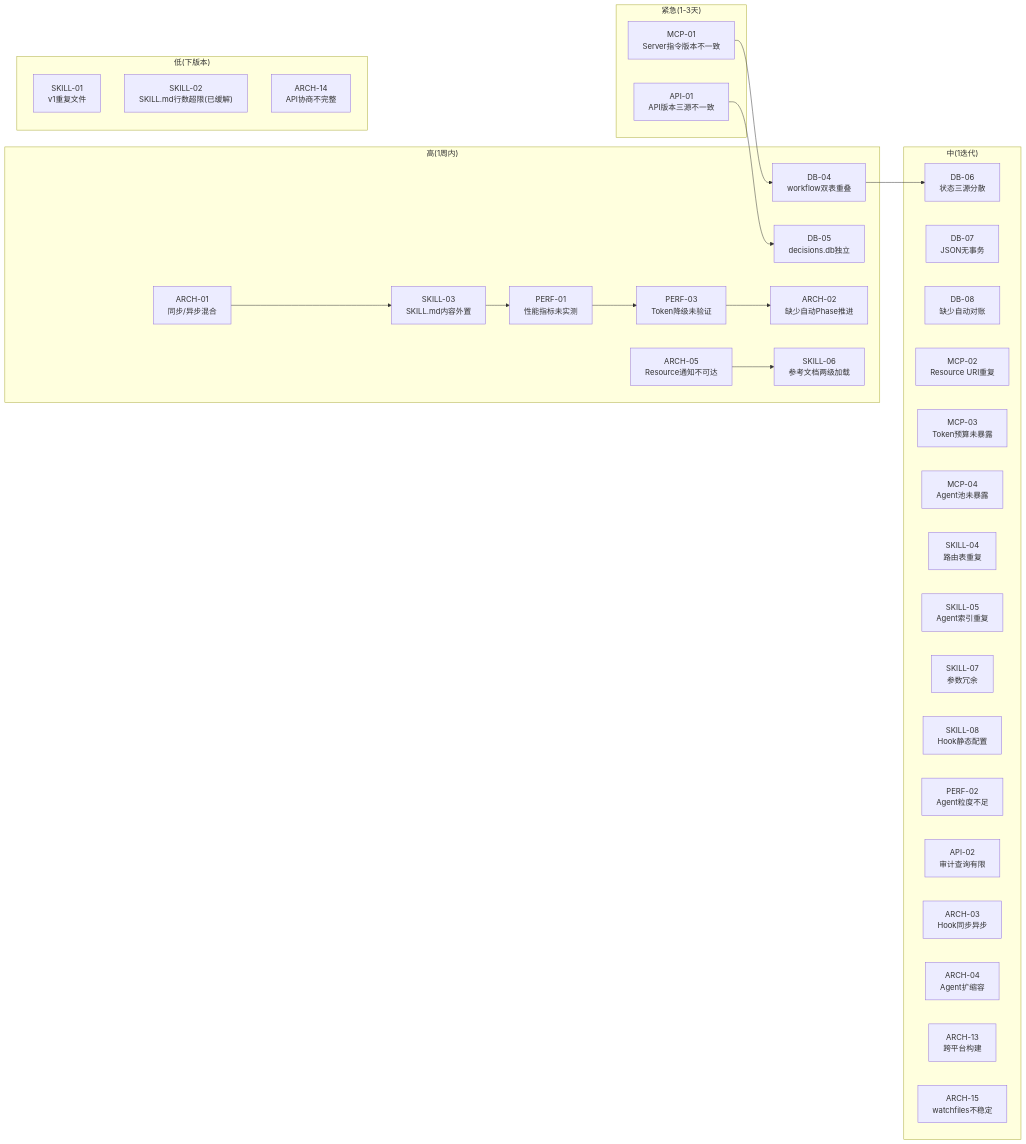
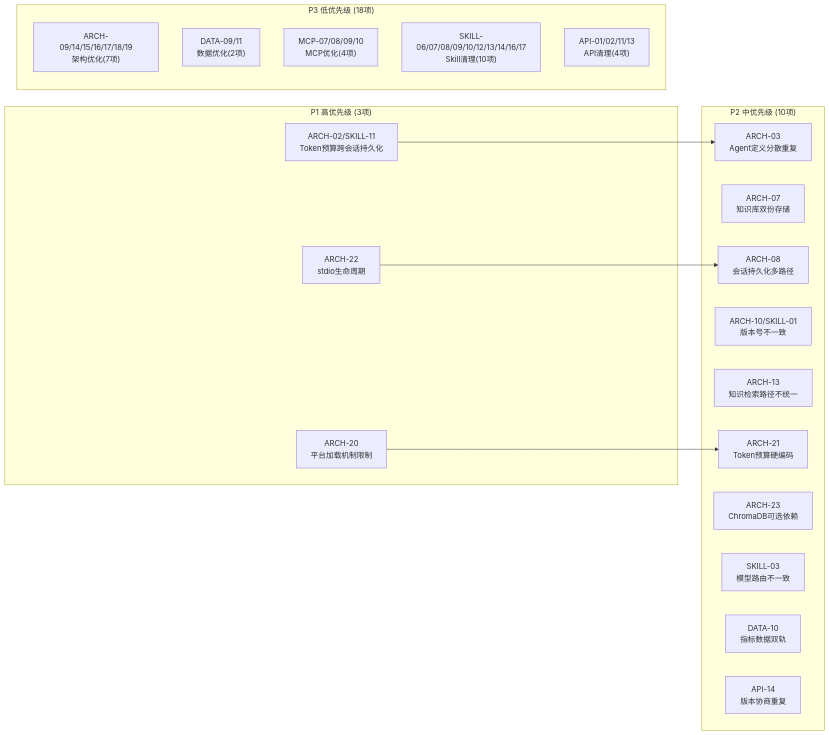
One commit to xuanyuanchumo/xuansto changed the third of 3 diagrams in docs/plan/v-l.md. Above: the diagram before and after it, drawn with Mermaid. The commit also changed other lines of this file and 138 other files, not shown here.

````diff
--- a/docs/plan/v-l.md
+++ b/docs/plan/v-l.md
@@ -454,53 +577,33 @@
 ```mermaid
 graph LR
-    subgraph "紧急(1-3天)"
-        M1["MCP-01<br/>Server指令版本不一致"]
-        A1["API-01<br/>API版本三源不一致"]
+    subgraph "P1 高优先级 (3项)"
+        A1["ARCH-02/SKILL-11<br/>Token预算跨会话持久化"]
+        A2["ARCH-20<br/>平台加载机制限制"]
+        A3["ARCH-22<br/>stdio生命周期"]
     end
 
-    subgraph "高(1周内)"
-        D4["DB-04<br/>workflow双表重叠"]
-        D5["DB-05<br/>decisions.db独立"]
-        AR1["ARCH-01<br/>同步/异步混合"]
-        AR2["ARCH-02<br/>缺少自动Phase推进"]
-        AR5["ARCH-05<br/>Resource通知不可达"]
-        S3["SKILL-03<br/>SKILL.md内容外置"]
-        S6["SKILL-06<br/>参考文档两级加载"]
-        P1["PERF-01<br/>性能指标未实测"]
-        P3["PERF-03<br/>Token降级未验证"]
+    subgraph "P2 中优先级 (10项)"
+        B1["ARCH-03<br/>Agent定义分散重复"]
+        B2["ARCH-07<br/>知识库双份存储"]
+        B3["ARCH-08<br/>会话持久化多路径"]
+        B4["ARCH-10/SKILL-01<br/>版本号不一致"]
+        B5["ARCH-13<br/>知识检索路径不统一"]
+        B6["ARCH-21<br/>Token预算硬编码"]
+        B7["ARCH-23<br/>ChromaDB可选依赖"]
+        B8["SKILL-03<br/>模型路由不一致"]
+        B9["DATA-10<br/>指标数据双轨"]
+        B10["API-14<br/>版本协商重复"]
     end
 
-    subgraph "中(1迭代)"
-        D6["DB-06<br/>状态三源分散"]
-        D7["DB-07<br/>JSON无事务"]
-        D8["DB-08<br/>缺少自动对账"]
-        M2["MCP-02<br/>Resource URI重复"]
-        M3["MCP-03<br/>Token预算未暴露"]
-        M4["MCP-04<br/>Agent池未暴露"]
-        S4["SKILL-04<br/>路由表重复"]
-        S5["SKILL-05<br/>Agent索引重复"]
-        S7["SKILL-07<br/>参数冗余"]
-        S8["SKILL-08<br/>Hook静态配置"]
-        P2["PERF-02<br/>Agent粒度不足"]
-        A2["API-02<br/>审计查询有限"]
-        AR3["ARCH-03<br/>Hook同步异步"]
-        AR4["ARCH-04<br/>Agent扩缩容"]
-        AR13["ARCH-13<br/>跨平台构建"]
-        AR15["ARCH-15<br/>watchfiles不稳定"]
+    subgraph "P3 低优先级 (18项)"
+        C1["ARCH-09/14/15/16/17/18/19<br/>架构优化(7项)"]
+        C2["DATA-09/11<br/>数据优化(2项)"]
+        C3["MCP-07/08/09/10<br/>MCP优化(4项)"]
+        C4["SKILL-06/07/08/09/10/12/13/14/16/17<br/>Skill清理(10项)"]
+        C5["API-01/02/11/13<br/>API清理(4项)"]
     end
 
-    subgraph "低(下版本)"
-        S1["SKILL-01<br/>v1重复文件"]
-        S2["SKILL-02<br/>SKILL.md行数超限(已缓解)"]
-        AR14["ARCH-14<br/>API协商不完整"]
-    end
-
-    M1 --> D4
-    A1 --> D5
-    AR1 --> S3
-    AR5 --> S6
-    D4 --> D6
-    S3 --> P1
-    P1 --> P3
-    P3 --> AR2
+    A1 --> B1
+    A2 --> B6
+    A3 --> B3
 ```
````
